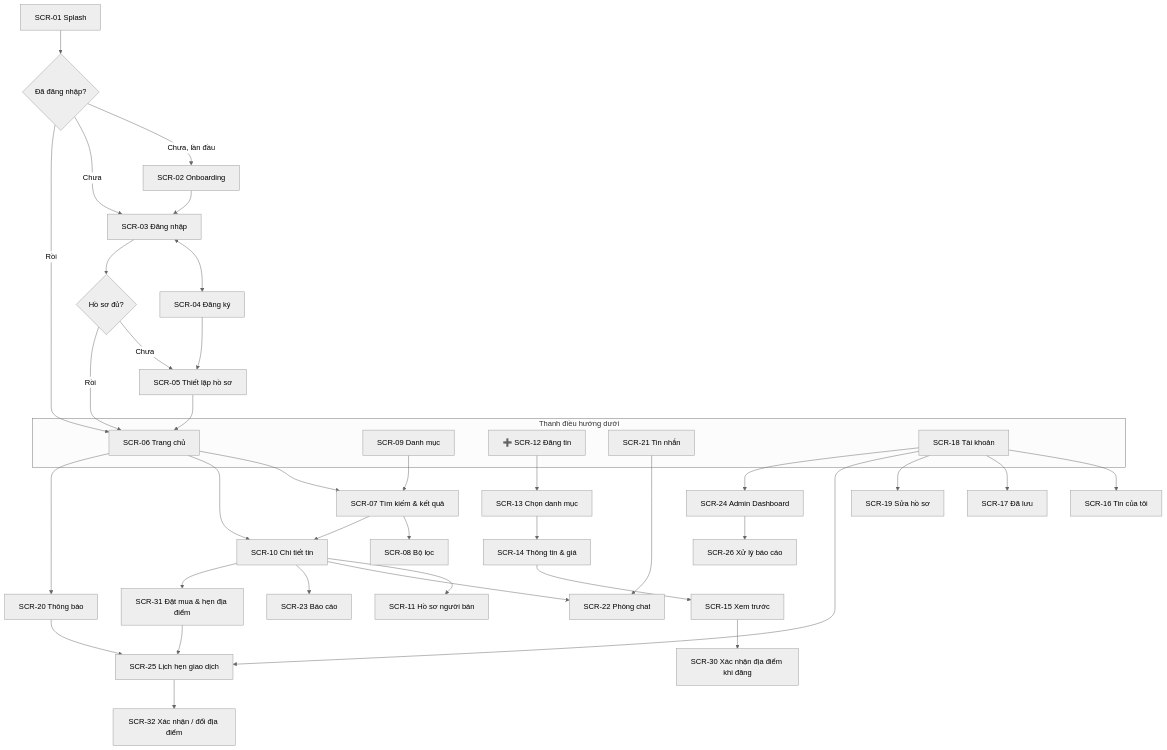
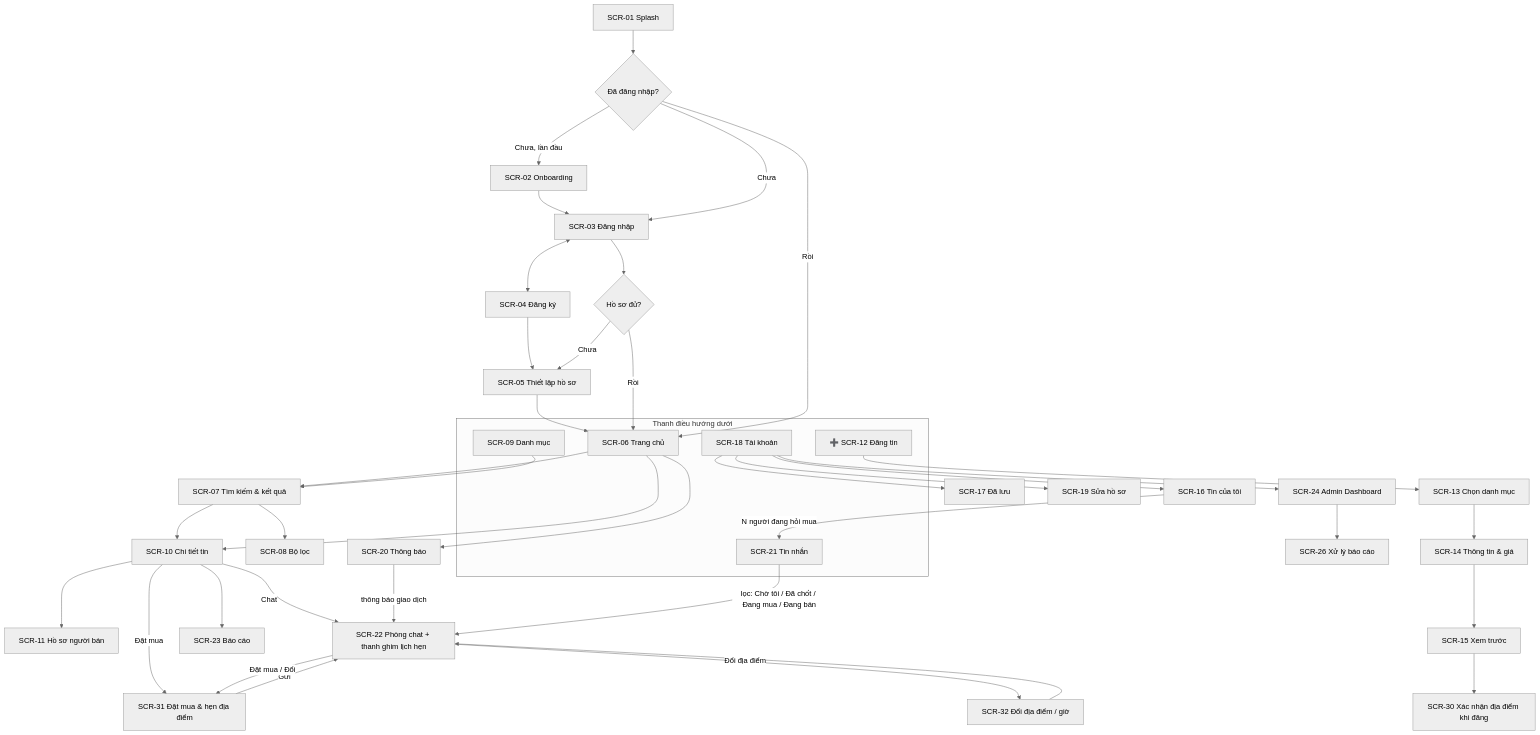
The diagram in docs/05-thiet-ke-giao-dien.md (Vanh2003-FL/API), drawn with Mermaid (neutral theme) before and after one commit. The commit also changed other lines of this file and 5 other files, not shown here.

````diff
--- a/docs/05-thiet-ke-giao-dien.md
+++ b/docs/05-thiet-ke-giao-dien.md
@@ -59,40 +61,41 @@
 ```mermaid
 flowchart TD
     S1[SCR-01 Splash] --> D{Đã đăng nhập?}
     D -- Chưa, lần đầu --> S2[SCR-02 Onboarding] --> S3
     D -- Chưa --> S3[SCR-03 Đăng nhập]
     S3 <--> S4[SCR-04 Đăng ký]
     S3 --> P{Hồ sơ đủ?}
     S4 --> S5
     P -- Chưa --> S5[SCR-05 Thiết lập hồ sơ] --> HOME
     P -- Rồi --> HOME
     D -- Rồi --> HOME
 
     subgraph BOTTOM["Thanh điều hướng dưới"]
         HOME[SCR-06 Trang chủ]
         CAT[SCR-09 Danh mục]
         POST[➕ SCR-12 Đăng tin]
         CHAT[SCR-21 Tin nhắn]
         ACC[SCR-18 Tài khoản]
     end
 
     HOME --> SR[SCR-07 Tìm kiếm & kết quả] --> FL[SCR-08 Bộ lọc]
     HOME --> DT[SCR-10 Chi tiết tin]
     CAT --> SR
     SR --> DT
     DT --> SP[SCR-11 Hồ sơ người bán]
-    DT --> CR[SCR-22 Phòng chat]
+    DT -- Chat --> CR[SCR-22 Phòng chat + thanh ghim lịch hẹn]
     DT --> RP[SCR-23 Báo cáo]
-    DT --> BUY[SCR-31 Đặt mua & hẹn địa điểm] --> AP
-    HOME --> NT[SCR-20 Thông báo] --> AP[SCR-25 Lịch hẹn giao dịch]
-    AP --> CF[SCR-32 Xác nhận / đổi địa điểm]
+    DT -- Đặt mua --> BUY[SCR-31 Đặt mua & hẹn địa điểm] -- Gửi --> CR
+    CR -- Đặt mua / Đổi --> BUY
+    CR -- Đổi địa điểm --> CF[SCR-32 Đổi địa điểm / giờ] --> CR
+    HOME --> NT[SCR-20 Thông báo] -- thông báo giao dịch --> CR
     P4 --> CP[SCR-30 Xác nhận địa điểm khi đăng]
     POST --> P2[SCR-13 Chọn danh mục] --> P3[SCR-14 Thông tin & giá] --> P4[SCR-15 Xem trước]
-    CHAT --> CR
+    CHAT -- lọc: Chờ tôi / Đã chốt / Đang mua / Đang bán --> CR
     ACC --> ML[SCR-16 Tin của tôi]
+    ML -- N người đang hỏi mua --> CHAT
     ACC --> FV[SCR-17 Đã lưu]
     ACC --> ED[SCR-19 Sửa hồ sơ]
-    ACC --> AP
     ACC --> AD[SCR-24 Admin Dashboard]
     AD --> AR[SCR-26 Xử lý báo cáo]
 ```
````
